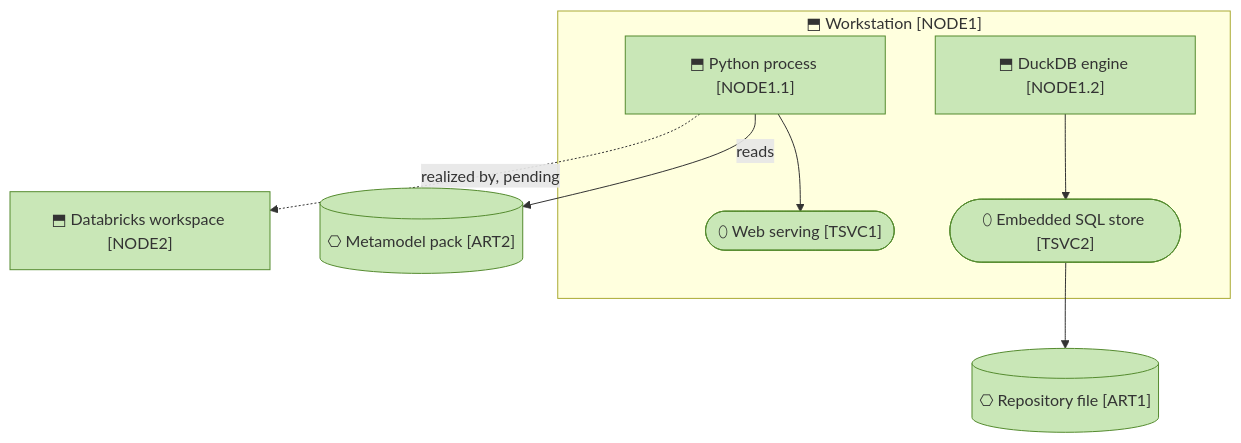
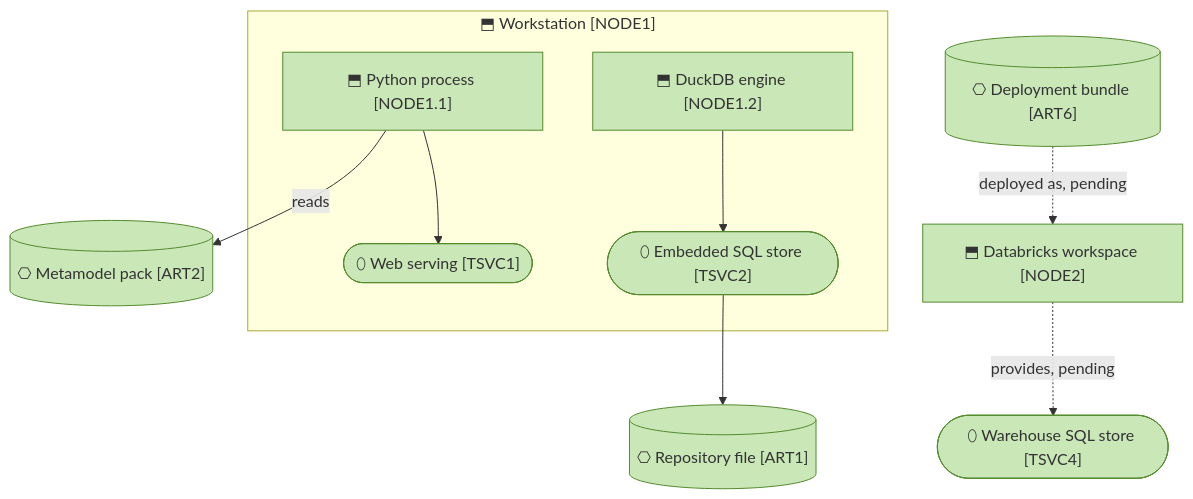
The second of 2 diagrams in architecture/5_technology/README.md (roanboc/dbx-enterprise-architecture), drawn with Mermaid before and after one commit. The commit also changed other lines of this file and 16 other files, not shown here.

First line of the commit message:
docs: initiative 13 aligned through the layers, the roadmap in flight, decisions 0011 and 0012

````diff
--- a/architecture/5_technology/README.md
+++ b/architecture/5_technology/README.md
@@ -35,19 +35,22 @@
 ```mermaid
 flowchart TB
   subgraph WS["⬒ Workstation [NODE1]"]
     py["⬒ Python process [NODE1.1]"]:::technology
     duck["⬒ DuckDB engine [NODE1.2]"]:::technology
     web(["⬯ Web serving [TSVC1]"]):::technology
     sql(["⬯ Embedded SQL store [TSVC2]"]):::technology
   end
   file[("⎔ Repository file [ART1]")]:::technology
   pack[("⎔ Metamodel pack [ART2]")]:::technology
+  bundle[("⎔ Deployment bundle [ART6]")]:::technology
   dbx["⬒ Databricks workspace [NODE2]"]:::technology
+  wh(["⬯ Warehouse SQL store [TSVC4]"]):::technology
   py --> web
   duck --> sql
   sql --> file
   py -->|reads| pack
-  py -.->|realized by, pending| dbx
+  bundle -.->|deployed as, pending| dbx
+  dbx -.->|provides, pending| wh
 
   classDef technology fill:#c9e7b7,stroke:#558b2f,color:#333
 ```
````
